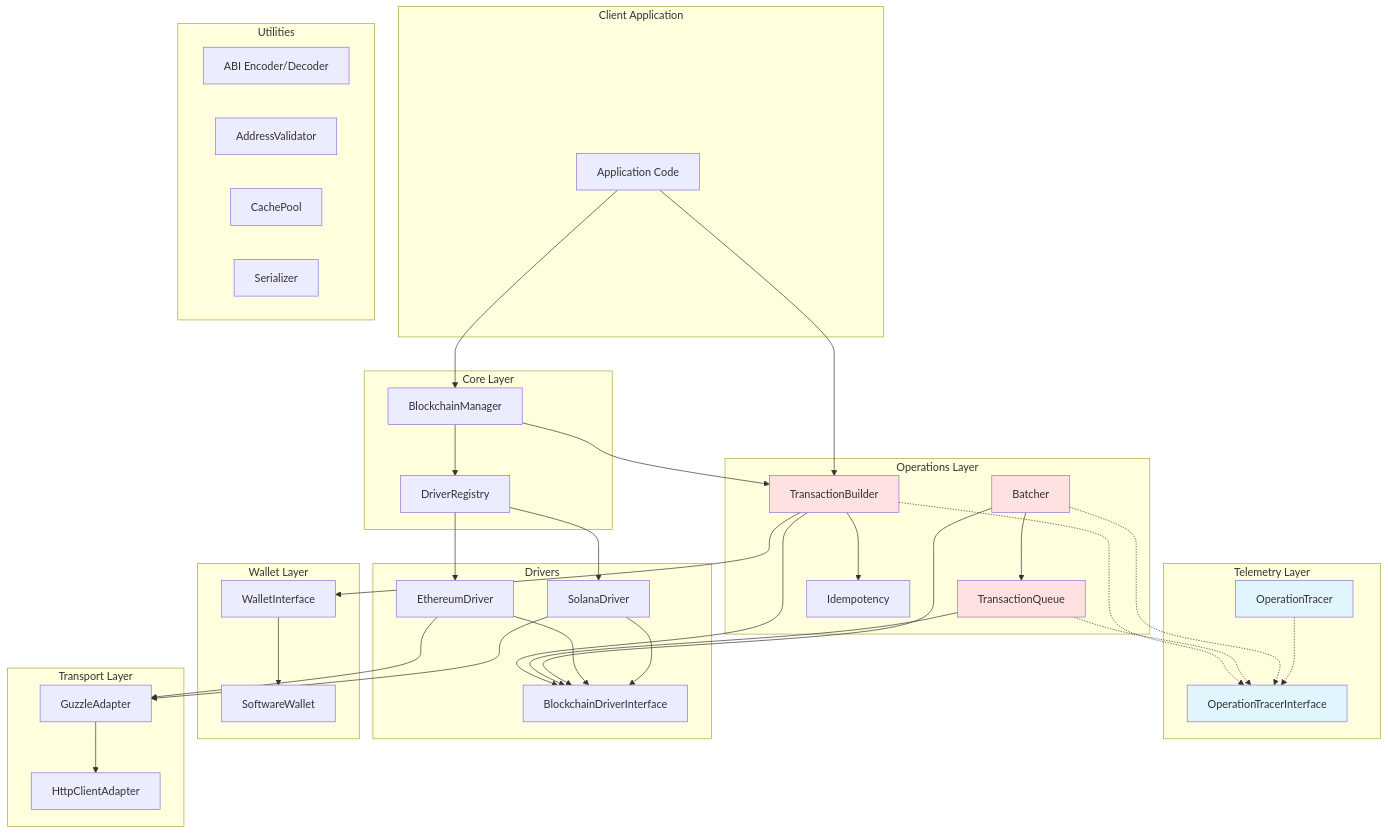
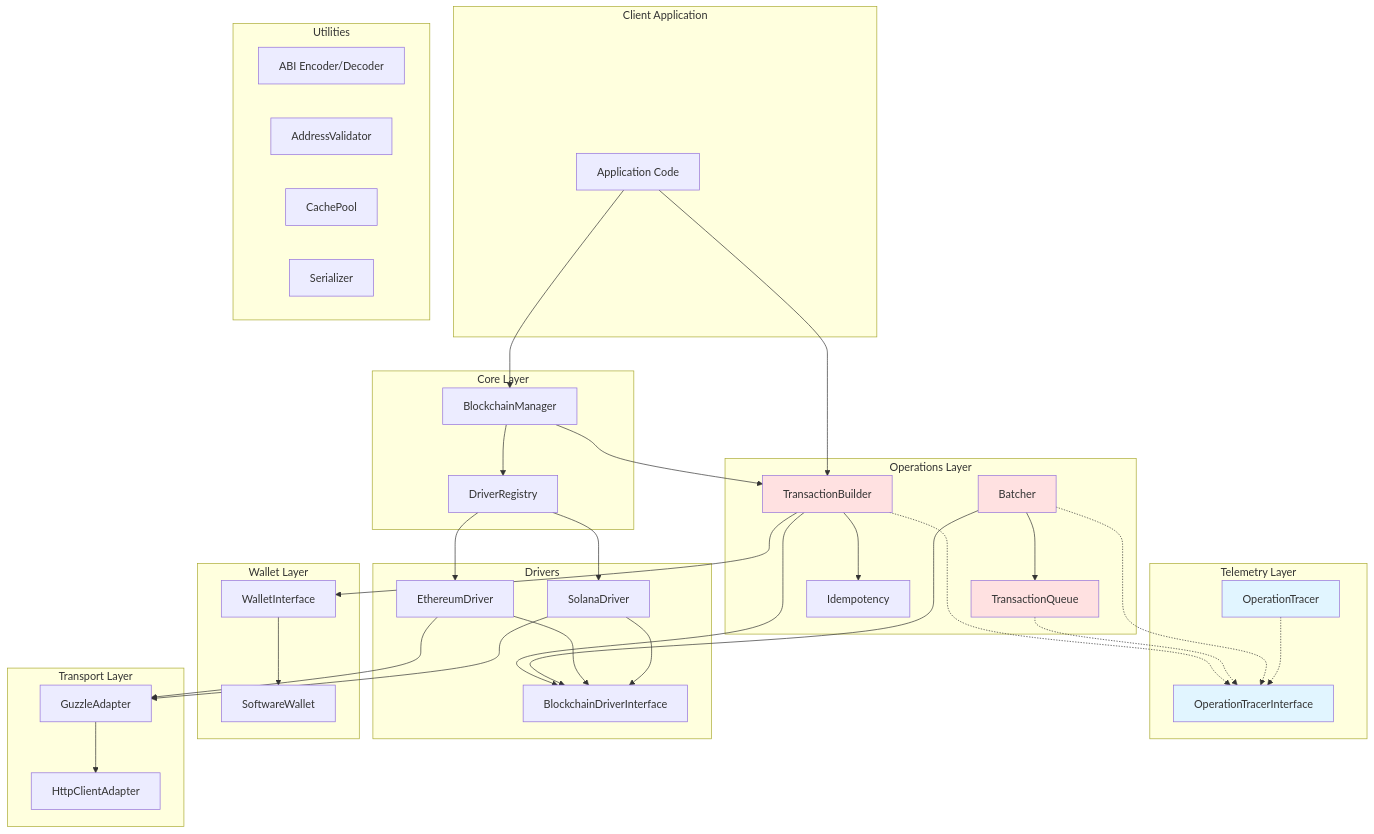
Before and after one commit to azaharizaman/php-blockchain: the first of 7 diagrams in APPLICATION_MERMAID.md, drawn with Mermaid.

````diff
--- a/APPLICATION_MERMAID.md
+++ b/APPLICATION_MERMAID.md
@@ -22,75 +22,74 @@
 ```mermaid
 graph TB
     subgraph "Client Application"
         App[Application Code]
     end
 
     subgraph "Core Layer"
         BM[BlockchainManager]
         DR[DriverRegistry]
     end
 
     subgraph "Operations Layer"
         TB[TransactionBuilder]
         TQ[TransactionQueue]
         BA[Batcher]
         ID[Idempotency]
     end
 
     subgraph "Telemetry Layer"
         OT[OperationTracer]
         OTI[OperationTracerInterface]
     end
 
     subgraph "Drivers"
         ED[EthereumDriver]
         SD[SolanaDriver]
         BD[BlockchainDriverInterface]
     end
 
     subgraph "Wallet Layer"
         WI[WalletInterface]
         SW[SoftwareWallet]
     end
 
     subgraph "Transport Layer"
         GA[GuzzleAdapter]
         HCA[HttpClientAdapter]
     end
 
     subgraph "Utilities"
         ABI[ABI Encoder/Decoder]
         AV[AddressValidator]
         CP[CachePool]
         SER[Serializer]
     end
 
     App --> BM
     BM --> DR
     BM --> TB
     App --> TB
     TB --> BD
     TB --> WI
     TB -.-> OTI
-    TQ --> BD
     TQ -.-> OTI
     BA --> TQ
     BA --> BD
     BA -.-> OTI
     DR --> ED
     DR --> SD
     ED --> BD
     SD --> BD
     ED --> GA
     SD --> GA
     GA --> HCA
     WI --> SW
     TB --> ID
     OT -.-> OTI
 
     style OT fill:#e1f5ff
     style OTI fill:#e1f5ff
     style TB fill:#ffe1e1
     style TQ fill:#ffe1e1
     style BA fill:#ffe1e1
 ```
````
